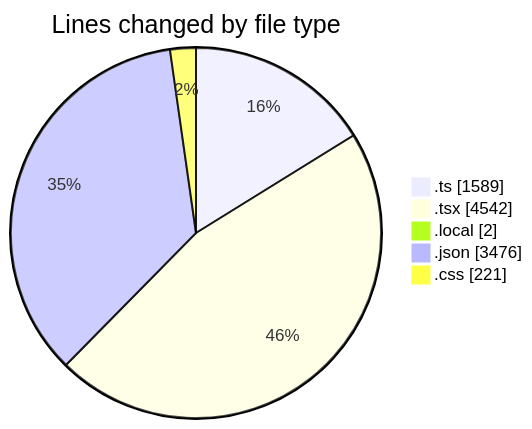
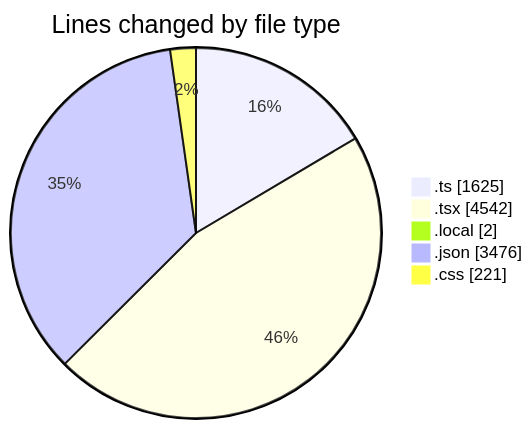
The first of 2 diagrams in 2025-10-28/eventscop-frontend-guide__workspace_/README.md (julien-gomy/code-tracking), drawn with Mermaid before and after one commit. The commit also changed other lines of this file and 1 other file, not shown here.

````diff
--- a/2025-10-28/eventscop-frontend-guide__workspace_/README.md
+++ b/2025-10-28/eventscop-frontend-guide__workspace_/README.md
@@ -54,9 +55,9 @@
 ```mermaid
 pie showData
 title Lines changed by file type
-".ts" : 1589
+".ts" : 1625
 ".tsx" : 4542
 ".local" : 2
 ".json" : 3476
 ".css" : 221
 ```
````
